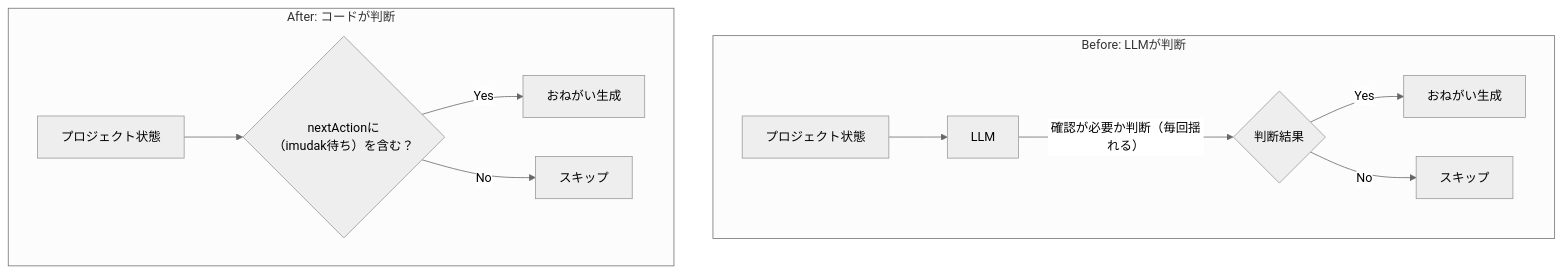
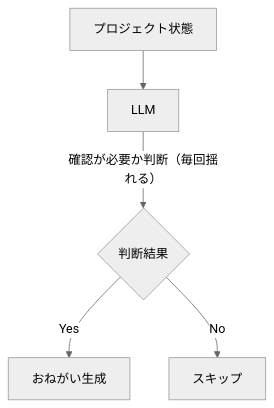
One commit to imudak/maruhuku-contents changed the first of 2 diagrams in articles/ai-agent-guardrail-design.md. Above: the diagram before and after it, drawn with Mermaid (neutral theme). The commit also changed other lines of this file, not shown here.

Commit message:
fix: mermaid図の改行文字修正+Before/After縦配置に変更

````diff
--- a/articles/ai-agent-guardrail-design.md
+++ b/articles/ai-agent-guardrail-design.md
@@ -54,15 +56,7 @@
 ```mermaid
 graph TD
-    subgraph Before["Before: LLMが判断"]
-        A1[プロジェクト状態] --> B1[LLM]
-        B1 -->|"確認が必要か判断（毎回揺れる）"| C1{判断結果}
-        C1 -->|Yes| D1[おねがい生成]
-        C1 -->|No| E1[スキップ]
-    end
-
-    subgraph After["After: コードが判断"]
-        A2[プロジェクト状態] --> B2{"nextActionに\n（imudak待ち）を含む？"}
-        B2 -->|Yes| D2[おねがい生成]
-        B2 -->|No| E2[スキップ]
-    end
+    A1[プロジェクト状態] --> B1[LLM]
+    B1 -->|"確認が必要か判断（毎回揺れる）"| C1{判断結果}
+    C1 -->|Yes| D1[おねがい生成]
+    C1 -->|No| E1[スキップ]
 ```
````
